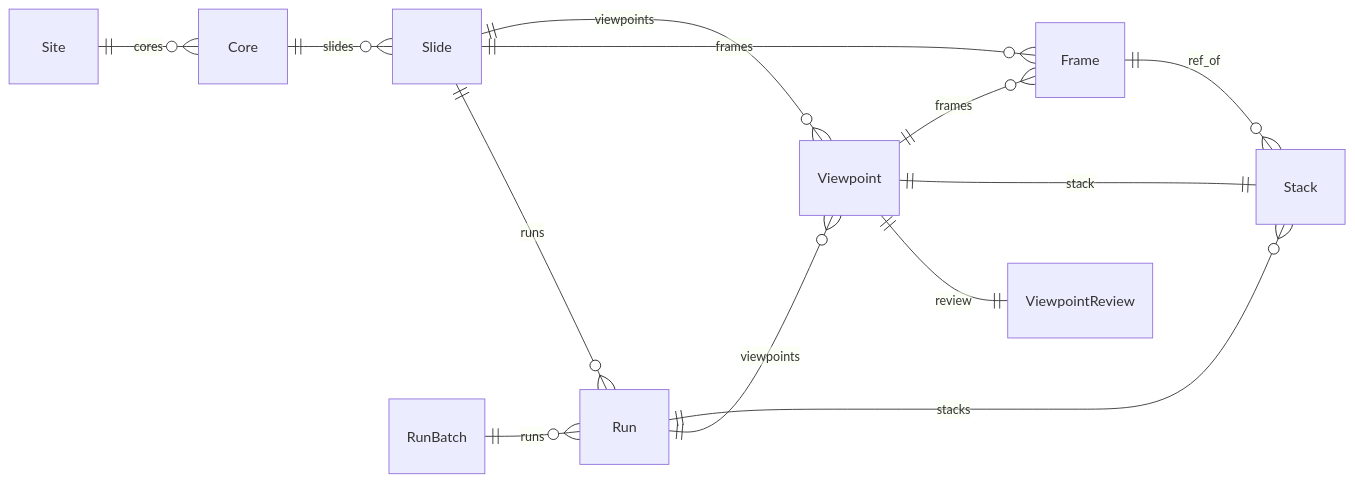
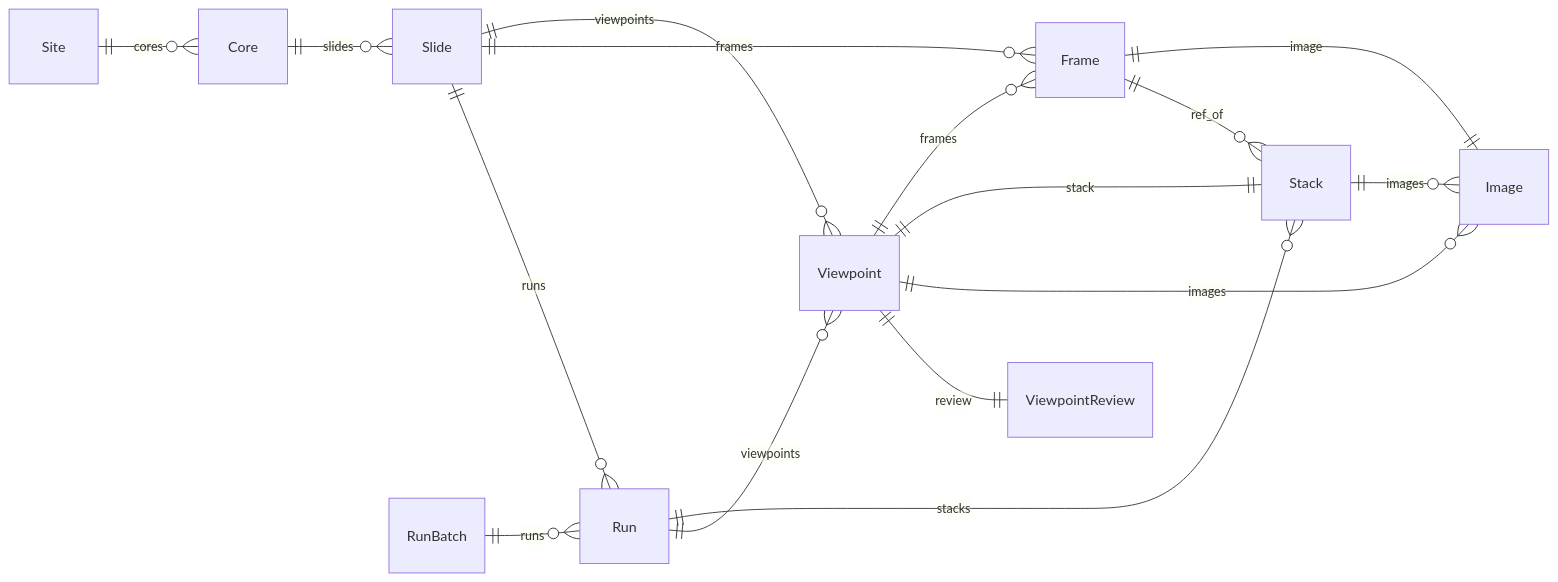
One commit to jikhanjung/DiaRUGA changed the second of 5 diagrams in docs/20260804_db-erd-poster.md. Above: the diagram before and after it, drawn with Mermaid. The commit also changed other lines of this file and 23 other files, not shown here.

````diff
--- a/docs/20260804_db-erd-poster.md
+++ b/docs/20260804_db-erd-poster.md
@@ -49,16 +49,19 @@
 ```mermaid
 erDiagram
     direction LR
     Site ||--o{ Core : cores
     Core ||--o{ Slide : slides
     Slide ||--o{ Viewpoint : viewpoints
     Slide ||--o{ Frame : frames
     Slide ||--o{ Run : runs
     RunBatch ||--o{ Run : runs
     Viewpoint ||--o{ Frame : frames
     Viewpoint ||--|| Stack : stack
+    Viewpoint ||--o{ Image : images
+    Frame ||--|| Image : image
+    Stack ||--o{ Image : images
     Viewpoint ||--|| ViewpointReview : review
     Run ||--o{ Stack : stacks
     Run ||--o{ Viewpoint : viewpoints
     Frame ||--o{ Stack : ref_of
 ```
````
